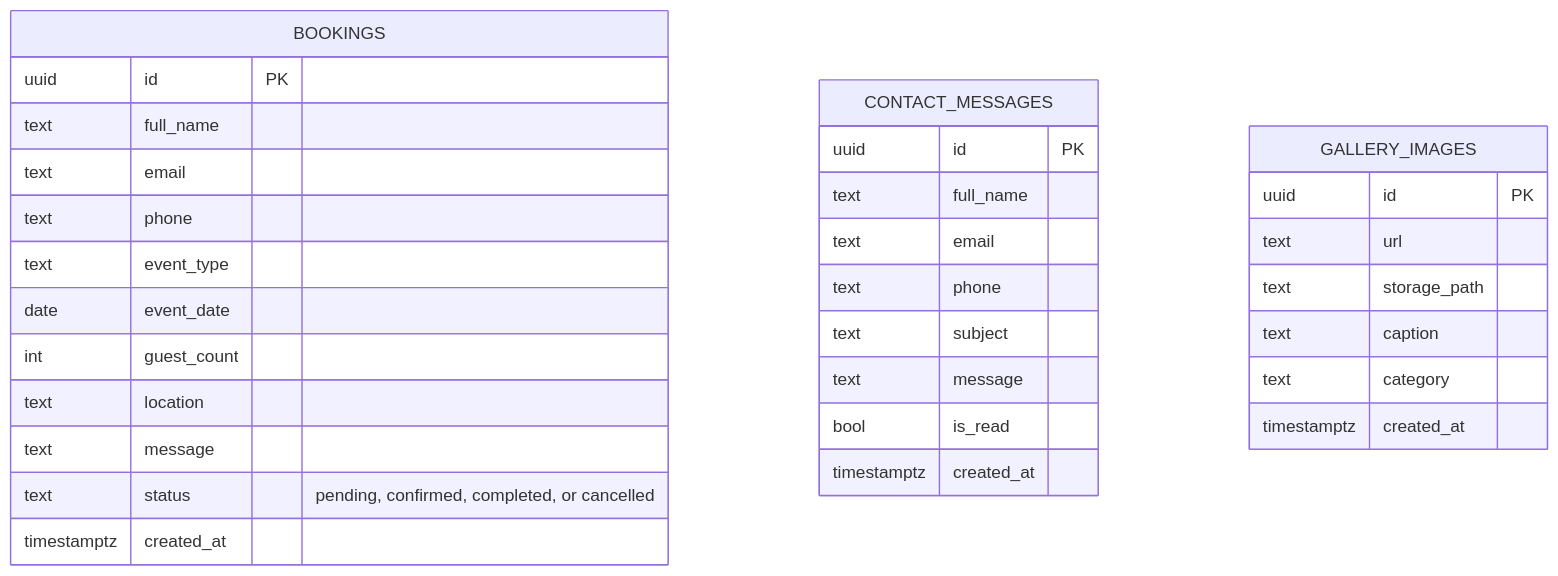
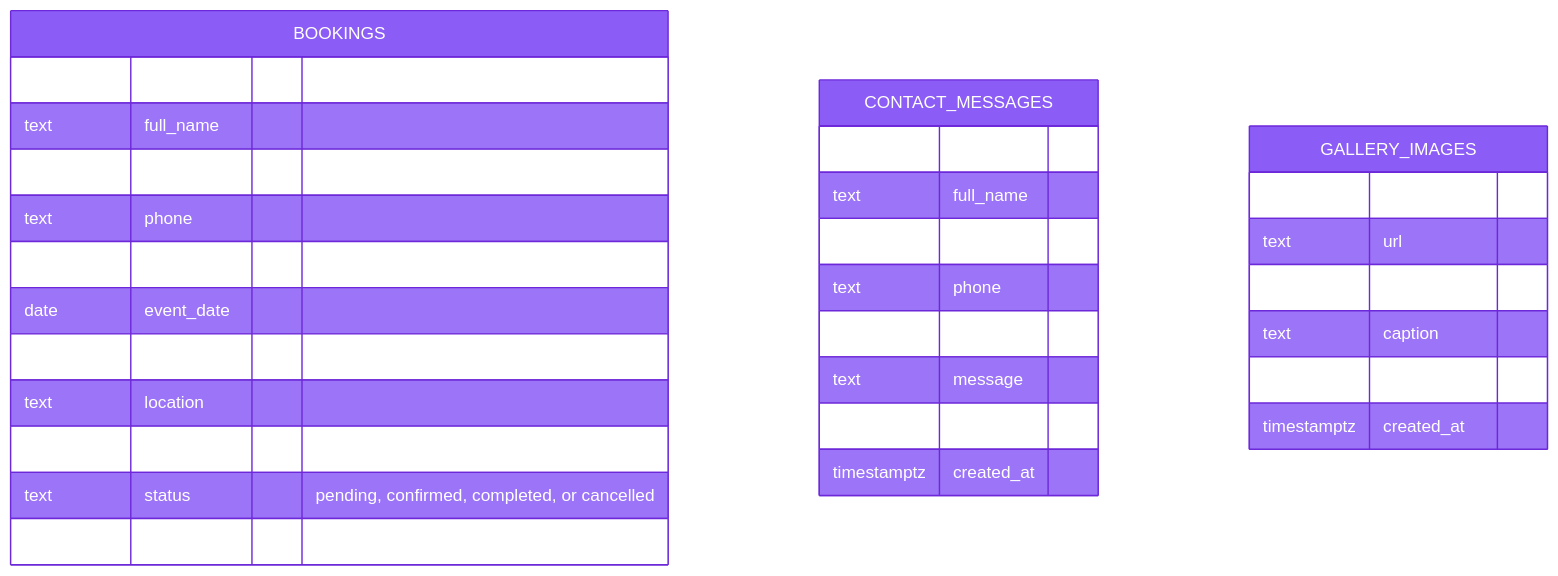
One commit to AaryaMakthala/GJR-EVENTS changed the sixth of 6 diagrams in README.md. Above: the diagram before and after it, drawn with Mermaid. The commit also changed other lines of this file, not shown here.

````diff
--- a/README.md
+++ b/README.md
@@ -248,34 +287,38 @@
 ```mermaid
+%%{init: {'theme':'base', 'themeVariables': {
+  'primaryColor': '#8b5cf6', 'primaryBorderColor': '#6d28d9', 'primaryTextColor': '#ffffff',
+  'lineColor': '#6d28d9', 'tertiaryColor': '#f5f3ff'
+}}}%%
 erDiagram
     BOOKINGS {
         uuid id PK
         text full_name
         text email
         text phone
         text event_type
         date event_date
         int guest_count
         text location
         text message
         text status "pending, confirmed, completed, or cancelled"
         timestamptz created_at
     }
     CONTACT_MESSAGES {
         uuid id PK
         text full_name
         text email
         text phone
         text subject
         text message
         bool is_read
         timestamptz created_at
     }
     GALLERY_IMAGES {
         uuid id PK
         text url
         text storage_path
         text caption
         text category
         timestamptz created_at
     }
 ```
````
